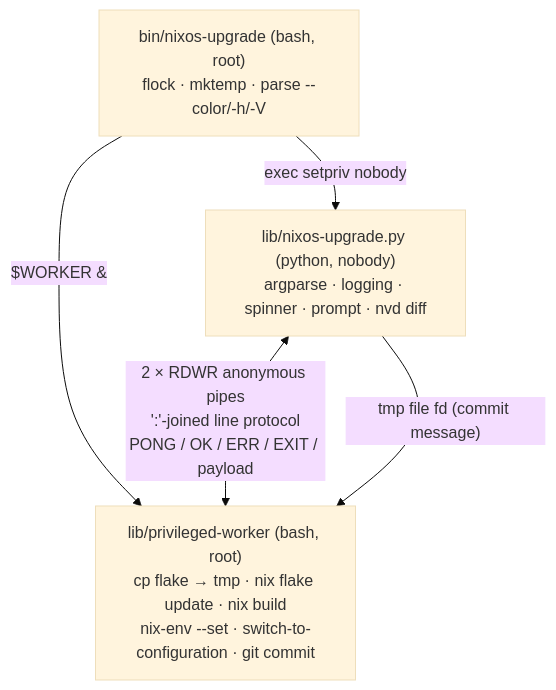
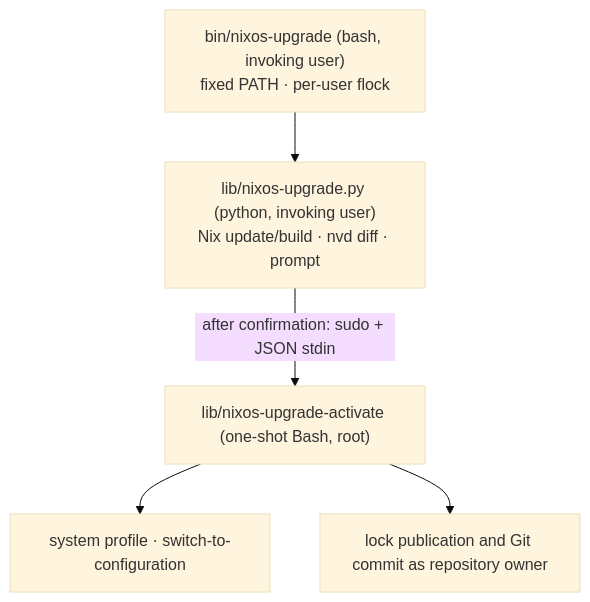
One commit to otov4its/nixos-upgrade changed the diagram in REVIEW.md. Above: the diagram before and after it, drawn with Mermaid (base theme). The commit also changed other lines of this file and 22 other files, not shown here.

Commit message:
nixos-upgrade: isolate privileged activation with sudo

````diff
--- a/REVIEW.md
+++ b/REVIEW.md
@@ -22,7 +22,7 @@
 ```mermaid
 flowchart TD
-    A["bin/nixos-upgrade (bash, root)<br/>flock · mktemp · parse --color/-h/-V"] -->|"$WORKER &"| W["lib/privileged-worker (bash, root)<br/>cp flake → tmp · nix flake update · nix build<br/>nix-env --set · switch-to-configuration · git commit"]
-    A -->|"exec setpriv nobody"| P["lib/nixos-upgrade.py (python, nobody)<br/>argparse · logging · spinner · prompt · nvd diff"]
-    P <-->|"2 × RDWR anonymous pipes<br/>':'-joined line protocol<br/>PONG / OK / ERR / EXIT / payload"| W
-    P -->|"tmp file fd (commit message)"| W
+    L["bin/nixos-upgrade (bash, invoking user)<br/>fixed PATH · per-user flock"] --> P["lib/nixos-upgrade.py (python, invoking user)<br/>Nix update/build · nvd diff · prompt"]
+    P -->|"after confirmation: sudo + JSON stdin"| H["lib/nixos-upgrade-activate (one-shot Bash, root)"]
+    H --> S["system profile · switch-to-configuration"]
+    H --> R["lock publication and Git commit as repository owner"]
 ```
````
